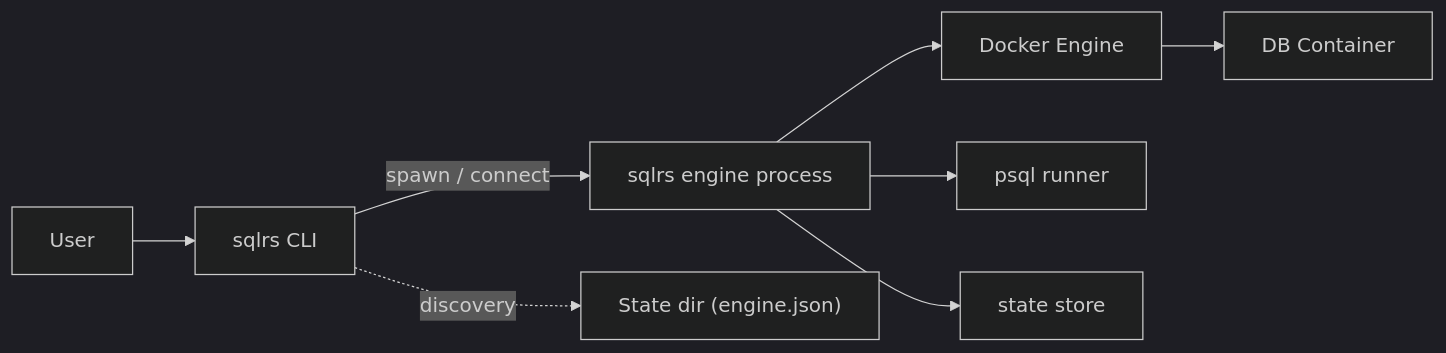
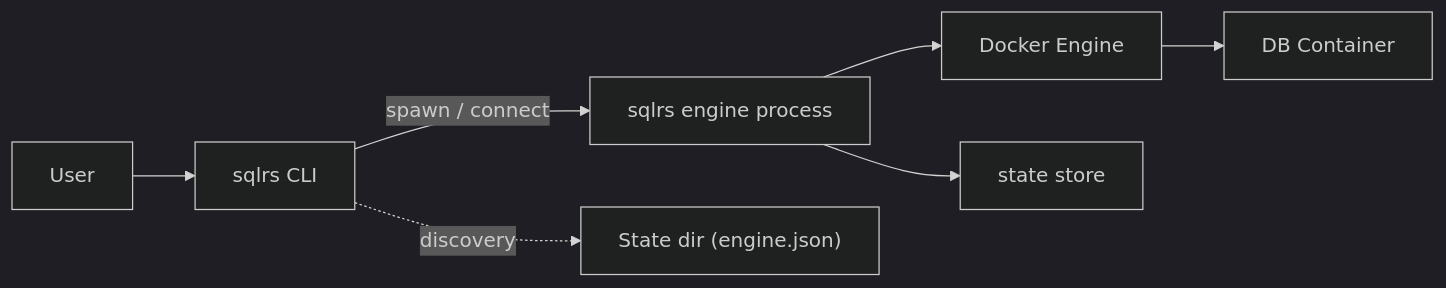
Before and after one commit to kimak-irmagi/taidon: the diagram in docs/architecture/local-deployment-architecture.RU.md, drawn with Mermaid (dark theme). The commit also changed other lines of this file and 66 other files, not shown here.

````diff
--- a/docs/architecture/local-deployment-architecture.RU.md
+++ b/docs/architecture/local-deployment-architecture.RU.md
@@ -30,19 +30,17 @@
 ```mermaid
 flowchart LR
   U[User]
   CLI["sqlrs CLI"]
   ENG["sqlrs engine process"]
   DOCKER["Docker Engine"]
   DB["DB Container"]
-  PS["psql runner"]
   STATE["State dir (engine.json)"]
   STORE["state store"]
 
   U --> CLI
   CLI -->|spawn / connect| ENG
   ENG --> DOCKER
-  ENG --> PS
   DOCKER --> DB
   ENG --> STORE
   CLI -. discovery .-> STATE
 ```
````
